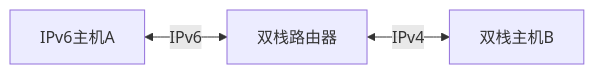
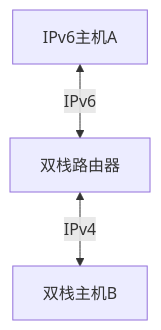
One commit to navi0231/Network-Engineer-Note changed the second of 2 diagrams in 5-Internet-connection/5.3-IPv4-over-IPv6.md. Above: the diagram before and after it, drawn with Mermaid. The commit also changed other lines of this file, not shown here.

Commit message:
更新图片排列顺序，方便移动端查看

````diff
--- a/5-Internet-connection/5.3-IPv4-over-IPv6.md
+++ b/5-Internet-connection/5.3-IPv4-over-IPv6.md
@@ -41,5 +41,5 @@
 ```mermaid
-graph LR
+graph TD
     Host[IPv6主机A] <-->|IPv6| DualStackRoute[双栈路由器]
     DualStackRoute[双栈路由器] <-->|IPv4| DualStackHost[双栈主机B]
 ```
````
